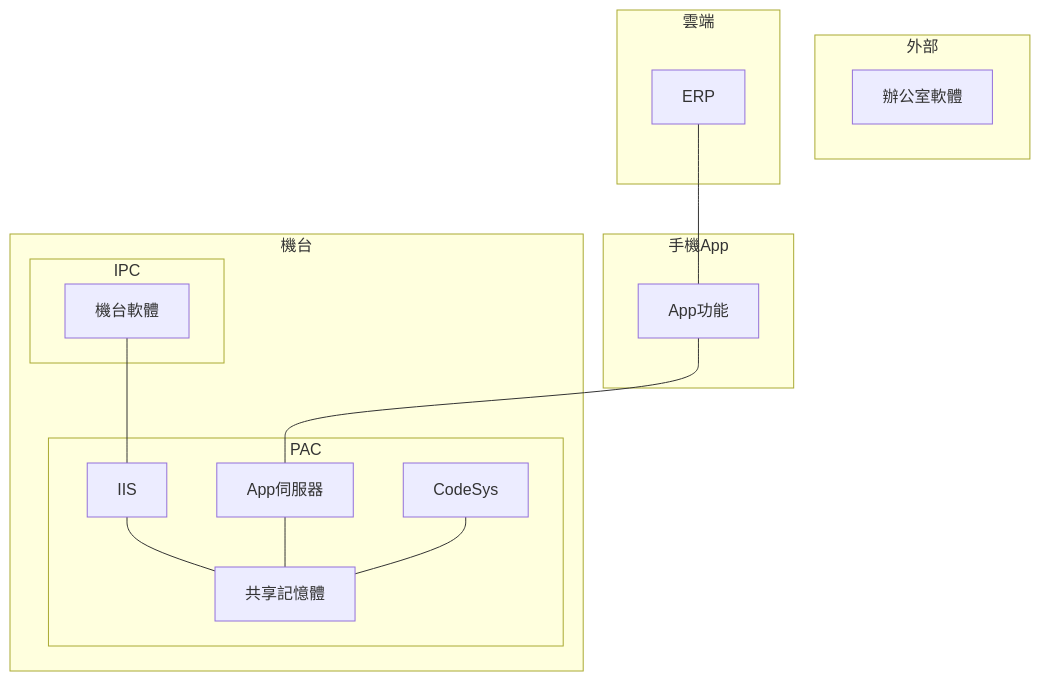
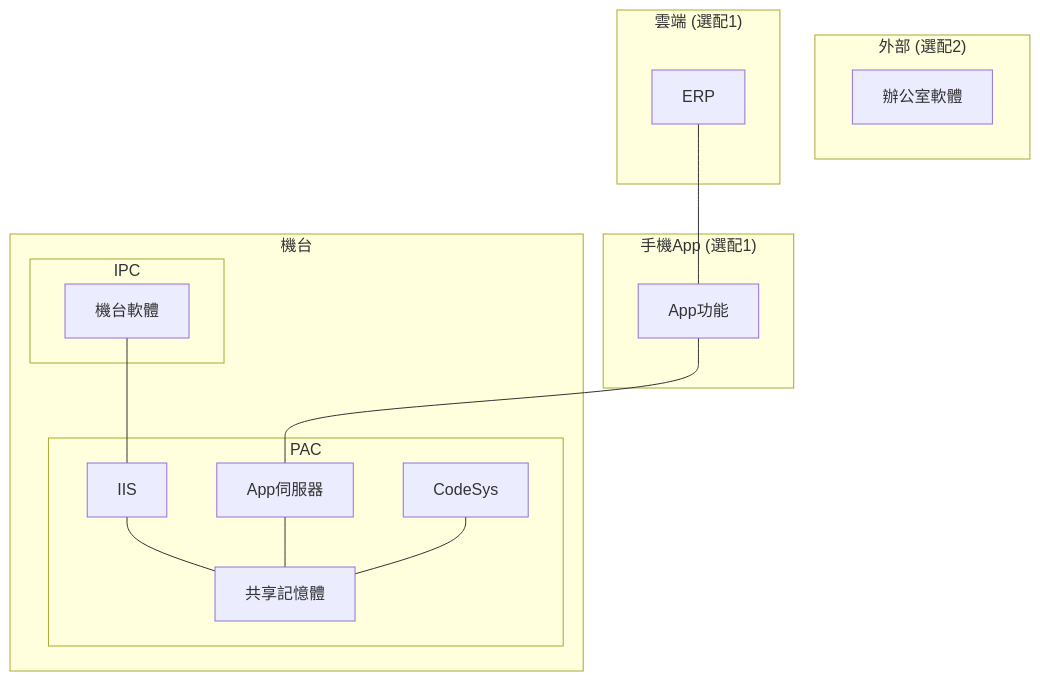
One commit to guanda-team/guanda-c4-model changed the first of 4 diagrams in src/流程圖/軟硬體配置/軟硬體配置.md. Above: the diagram before and after it, drawn with Mermaid. The commit also changed other lines of this file, not shown here.

````diff
--- a/src/流程圖/軟硬體配置/軟硬體配置.md
+++ b/src/流程圖/軟硬體配置/軟硬體配置.md
@@ -3,26 +3,26 @@
 ```mermaid
 flowchart TB
   subgraph 機台
     subgraph PAC
       IIS --- 共享記憶體
       App伺服器 --- 共享記憶體
       CodeSys --- 共享記憶體
     end
 
     subgraph IPC
       機台軟體 --- IIS
     end
   end
 
-  subgraph 外部
+  subgraph "外部 (選配2)"
     辦公室軟體
   end
 
-  subgraph 手機App
+  subgraph "手機App (選配1)"
     App功能 --- App伺服器
   end
 
-  subgraph 雲端
+  subgraph "雲端 (選配1)"
     ERP --- App功能
   end
 ```
````
